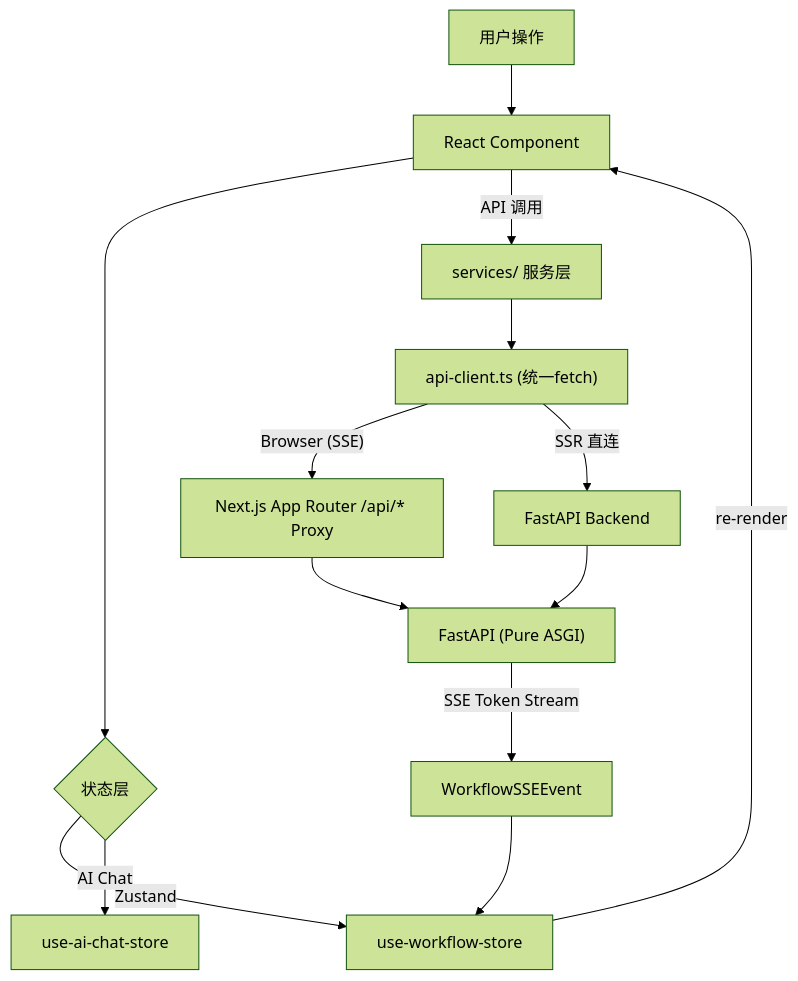
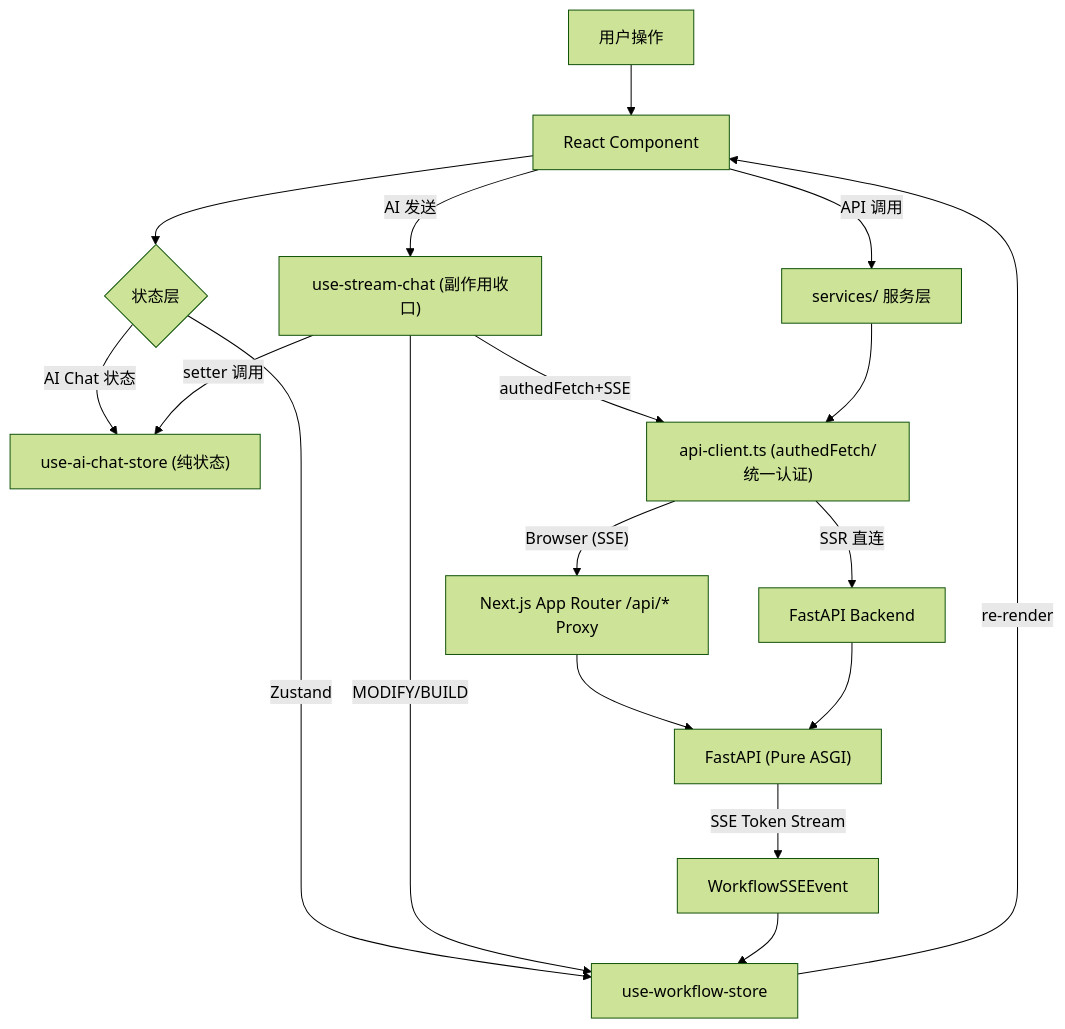
Before and after one commit to AIMFllys/StudySolo-Dev: the first of 5 diagrams in docs/项目规范与框架流程/项目规范/项目架构全景.md, drawn with Mermaid (forest theme). The commit also changed other lines of this file and 8 other files, not shown here.

````diff
--- a/docs/项目规范与框架流程/项目规范/项目架构全景.md
+++ b/docs/项目规范与框架流程/项目规范/项目架构全景.md
@@ -303,16 +304,20 @@
 ```mermaid
 graph TD
     A["用户操作"] --> B["React Component"]
     B --> C{"状态层"}
     C -->|"Zustand"| D["use-workflow-store"]
-    C -->|"AI Chat"| DA["use-ai-chat-store"]
+    C -->|"AI Chat 状态"| DA["use-ai-chat-store (纯状态)"]  
+    B -->|"AI 发送"| SC["use-stream-chat (副作用收口)"]
+    SC -->|"authedFetch+SSE"| G
+    SC -->|"setter 调用"| DA
+    SC -->|"MODIFY/BUILD"| D
     B -->|"API 调用"| F["services/ 服务层"]
-    F --> G["api-client.ts (统一fetch)"]
+    F --> G["api-client.ts (authedFetch/统一认证)"]
     G -->|"Browser (SSE)"| H["Next.js App Router /api/* Proxy"]
     G -->|"SSR 直连"| I["FastAPI Backend"]
     H --> J["FastAPI (Pure ASGI)"]
     I --> J
     J -->|"SSE Token Stream"| K["WorkflowSSEEvent"]
     K --> D
     D -->|"re-render"| B
 ```
````
